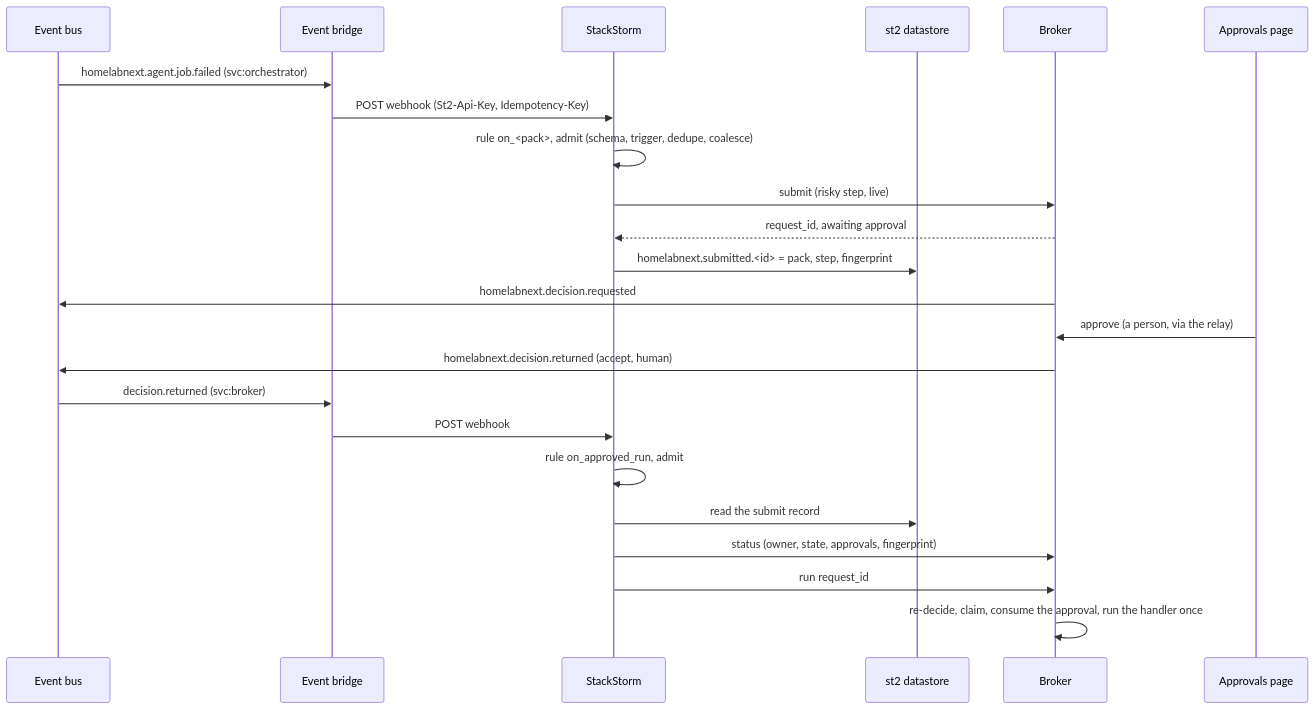
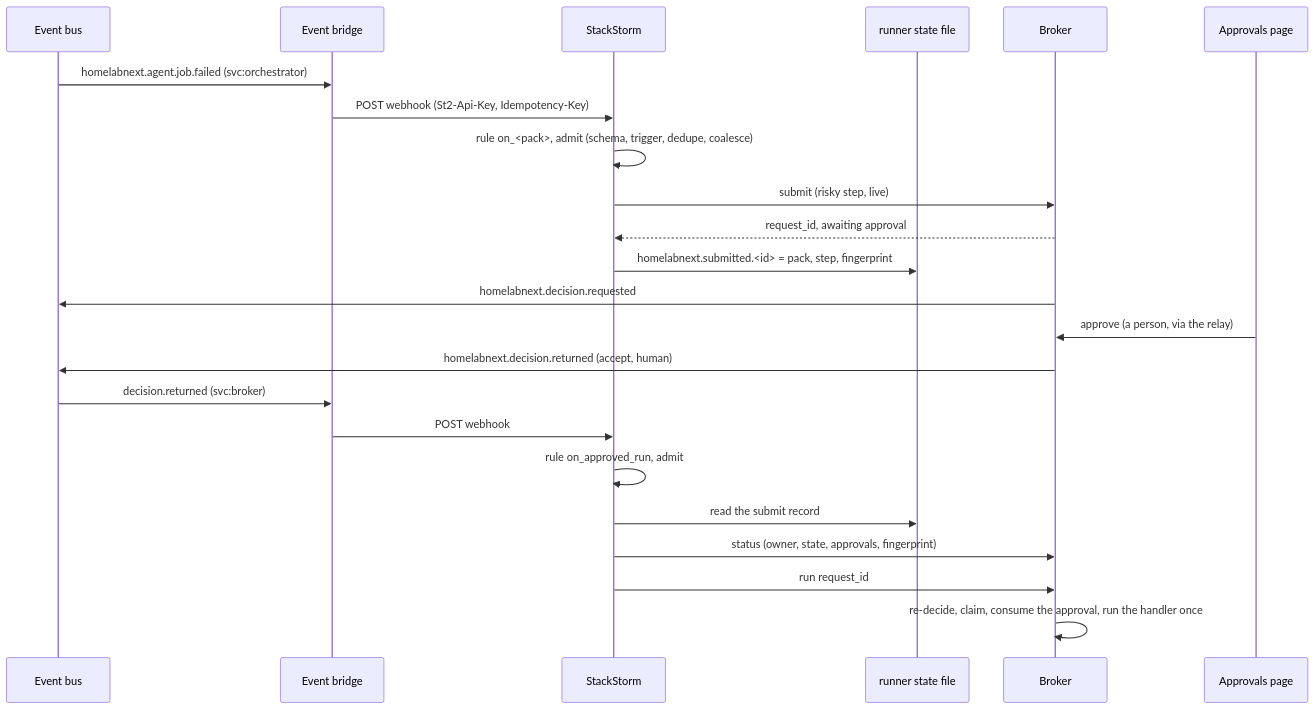
Before and after one commit to homelab-next/homelab-next: the diagram in docs/stackstorm.md, drawn with Mermaid. The commit also changed other lines of this file and 2 other files, not shown here.

````diff
--- a/docs/stackstorm.md
+++ b/docs/stackstorm.md
@@ -227,25 +227,25 @@
 ```mermaid
 sequenceDiagram
     participant Bus as Event bus
     participant Bridge as Event bridge
     participant St2 as StackStorm
-    participant KV as st2 datastore
+    participant KV as runner state file
     participant Broker
     participant Hub as Approvals page
     Bus->>Bridge: homelabnext.agent.job.failed (svc:orchestrator)
     Bridge->>St2: POST webhook (St2-Api-Key, Idempotency-Key)
     St2->>St2: rule on_<pack>, admit (schema, trigger, dedupe, coalesce)
     St2->>Broker: submit (risky step, live)
     Broker-->>St2: request_id, awaiting approval
     St2->>KV: homelabnext.submitted.<id> = pack, step, fingerprint
     Broker->>Bus: homelabnext.decision.requested
     Hub->>Broker: approve (a person, via the relay)
     Broker->>Bus: homelabnext.decision.returned (accept, human)
     Bus->>Bridge: decision.returned (svc:broker)
     Bridge->>St2: POST webhook
     St2->>St2: rule on_approved_run, admit
     St2->>KV: read the submit record
     St2->>Broker: status (owner, state, approvals, fingerprint)
     St2->>Broker: run request_id
     Broker->>Broker: re-decide, claim, consume the approval, run the handler once
 ```
````
